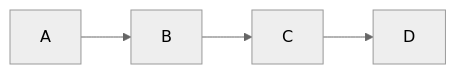
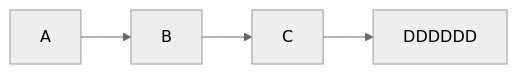
The diagram in _posts/2023-05-09-build.md (ruoqiwan/Joy), drawn with Mermaid (neutral theme) before and after one commit.

```diff
--- a/_posts/2023-05-09-build.md
+++ b/_posts/2023-05-09-build.md
@@ -14,6 +14,6 @@
 <div class="mermaid">
   graph LR
     A-->B
     B-->C
-    C-->D
+    C-->DDDDDD
 </div>
```
